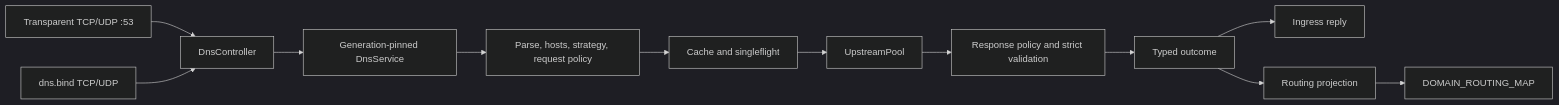
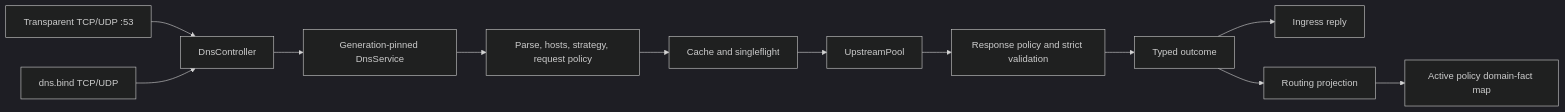
Before and after one commit to daeuniverse/honk: the diagram in doc/en/design/dns.md, drawn with Mermaid (dark theme). The commit also changed other lines of this file and 72 other files, not shown here.

Commit message:
feat(routing): compile canonical policy into native eBPF

````diff
--- a/doc/en/design/dns.md
+++ b/doc/en/design/dns.md
@@ -9,14 +9,14 @@
 ```mermaid
 flowchart LR
     T[Transparent TCP/UDP :53] --> C[DnsController]
     B[dns.bind TCP/UDP] --> C
     C --> G[Generation-pinned DnsService]
     G --> P[Parse, hosts, strategy, request policy]
     P --> F[Cache and singleflight]
     F --> U[UpstreamPool]
     U --> R[Response policy and strict validation]
     R --> O[Typed outcome]
     O --> X[Ingress reply]
     O --> M[Routing projection]
-    M --> D[DOMAIN_ROUTING_MAP]
+    M --> D[Active policy domain-fact map]
 ```
````
